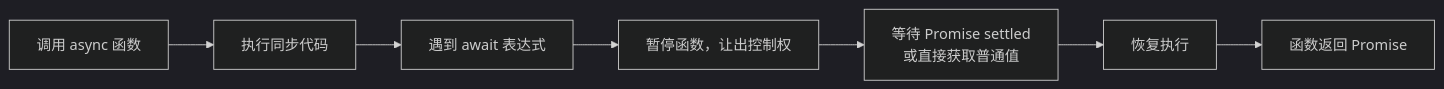
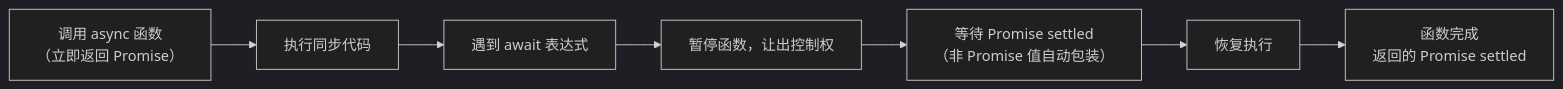
One commit to is-Aaron/is-Aaron.github.io changed the fifth of 5 diagrams in _posts/2026-02-05-javascript-async-programming.md. Above: the diagram before and after it, drawn with Mermaid (dark theme). The commit also changed other lines of this file and 15 other files, not shown here.

````diff
--- a/_posts/2026-02-05-javascript-async-programming.md
+++ b/_posts/2026-02-05-javascript-async-programming.md
@@ -226,9 +225,9 @@
 ```mermaid
 flowchart LR
-    A["调用 async 函数"] --> B["执行同步代码"]
+    A["调用 async 函数<br/>（立即返回 Promise）"] --> B["执行同步代码"]
     B --> C["遇到 await 表达式"]
     C --> D["暂停函数，让出控制权"]
-    D --> E["等待 Promise settled<br/>或直接获取普通值"]
+    D --> E["等待 Promise settled<br/>（非 Promise 值自动包装）"]
     E --> F["恢复执行"]
-    F --> G["函数返回 Promise"]
+    F --> G["函数完成<br/>返回的 Promise settled"]
 ```
````
